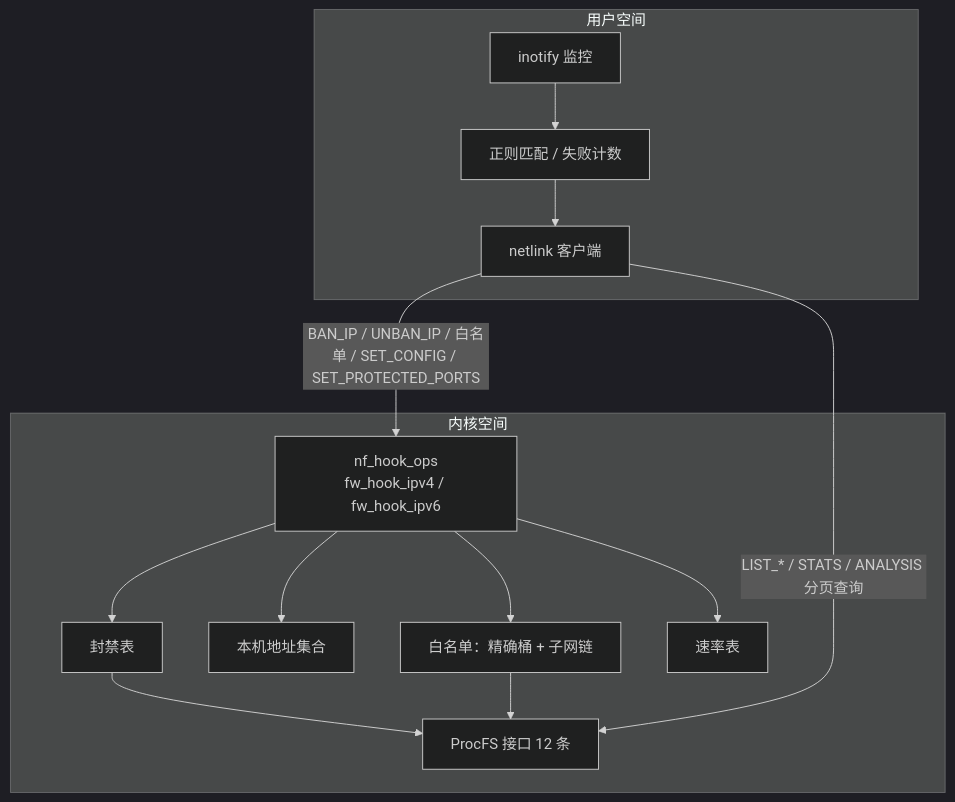
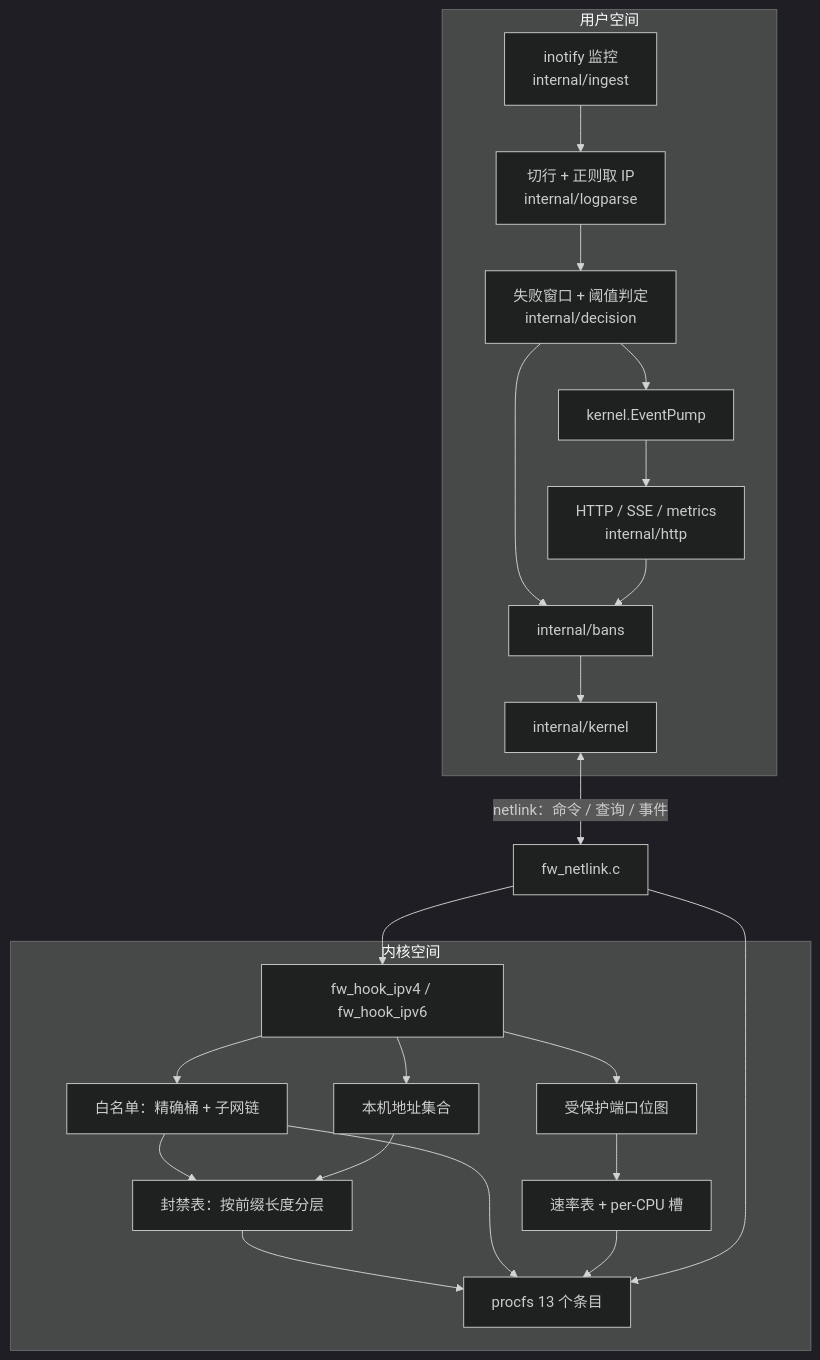
Before and after one commit to SnowCore8/linux-firewall-kmod: the diagram in docs/zh/architecture/README.md, drawn with Mermaid (dark theme). The commit also changed other lines of this file and 25 other files, not shown here.

````diff
--- a/docs/zh/architecture/README.md
+++ b/docs/zh/architecture/README.md
@@ -12,29 +20,35 @@
 ```mermaid
 graph TB
     subgraph UserSpace["用户空间"]
-        Inotify["inotify 监控"]
-        Regex["正则匹配 / 失败计数"]
-        NL["netlink 客户端"]
-        Inotify --> Regex
-        Regex --> NL
+        Inotify["inotify 监控<br/>internal/ingest"]
+        Parse["切行 + 正则取 IP<br/>internal/logparse"]
+        Decide["失败窗口 + 阈值判定<br/>internal/decision"]
+        API["HTTP / SSE / metrics<br/>internal/http"]
+        Inotify --> Parse --> Decide
+        Decide --> Sink["internal/bans"]
+        API --> Sink
+        Sink --> NLC["internal/kernel"]
+        Decide --> Pump["kernel.EventPump"]
+        Pump --> API
     end
 
     subgraph KernelSpace["内核空间"]
-        Hook["nf_hook_ops<br/>fw_hook_ipv4 / fw_hook_ipv6"]
-        Whitelist["白名单：精确桶 + 子网链"]
+        Hook["fw_hook_ipv4 / fw_hook_ipv6"]
+        WL["白名单：精确桶 + 子网链"]
         Local["本机地址集合"]
-        BanTable["封禁表"]
-        RateTable["速率表"]
-        ProcFS["ProcFS 接口 12 条"]
-
-        Hook --> Whitelist
-        Hook --> Local
-        Hook --> BanTable
-        Hook --> RateTable
-        BanTable --> ProcFS
-        Whitelist --> ProcFS
+        Ban["封禁表：按前缀长度分层"]
+        Rate["速率表 + per-CPU 槽"]
+        Ports["受保护端口位图"]
+        ProcFS["procfs 13 个条目"]
+        Hook --> WL --> Ban
+        Hook --> Local --> Ban
+        Hook --> Ports --> Rate
+        Ban --> ProcFS
+        WL --> ProcFS
+        Rate --> ProcFS
     end
 
-    NL -->|"BAN_IP / UNBAN_IP / 白名单 / SET_CONFIG / SET_PROTECTED_PORTS"| Hook
-    NL -->|"LIST_* / STATS / ANALYSIS 分页查询"| ProcFS
+    NLC <-->|"netlink：命令 / 查询 / 事件"| KNL["fw_netlink.c"]
+    KNL --> Hook
+    KNL --> ProcFS
 ```
````
